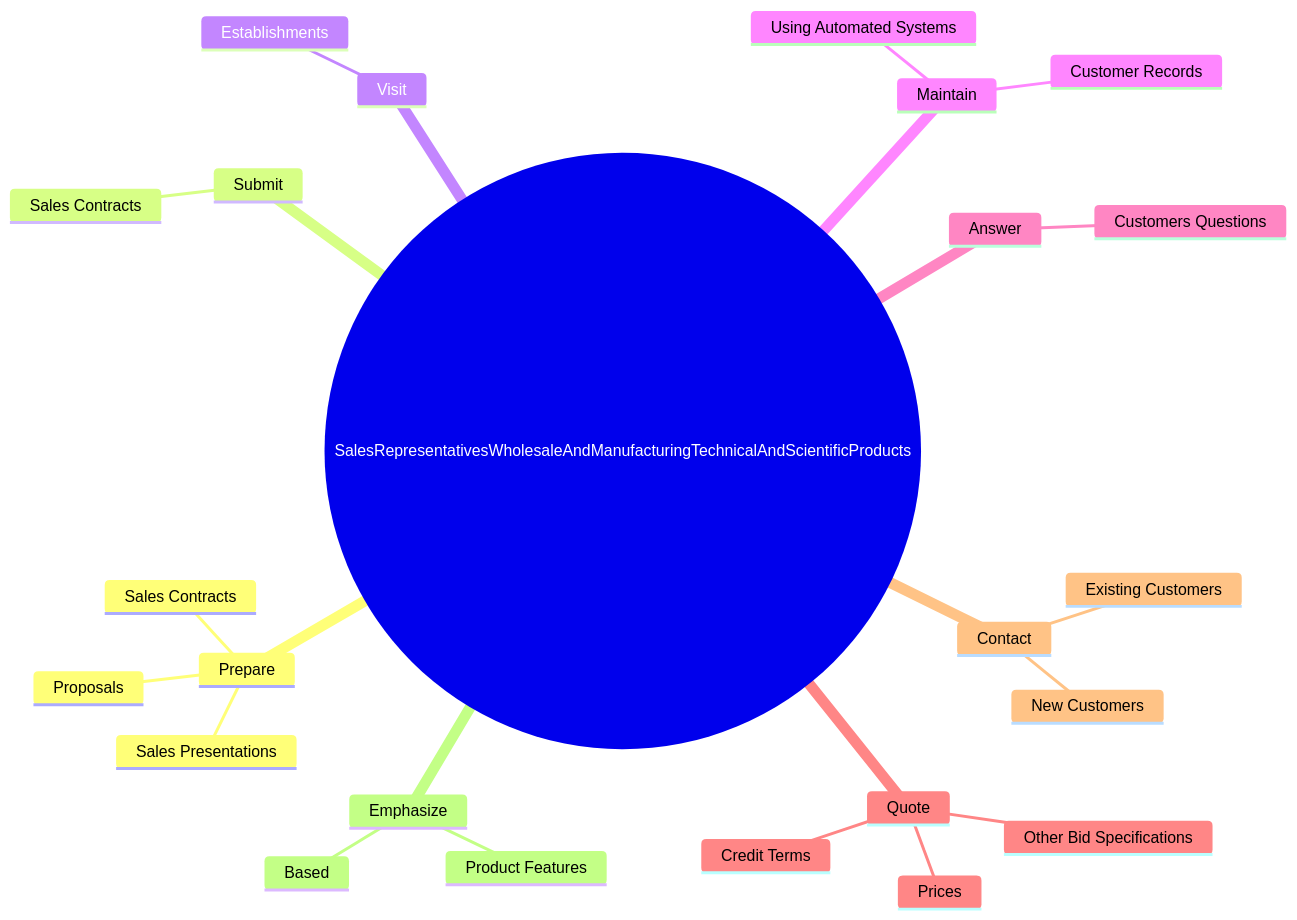
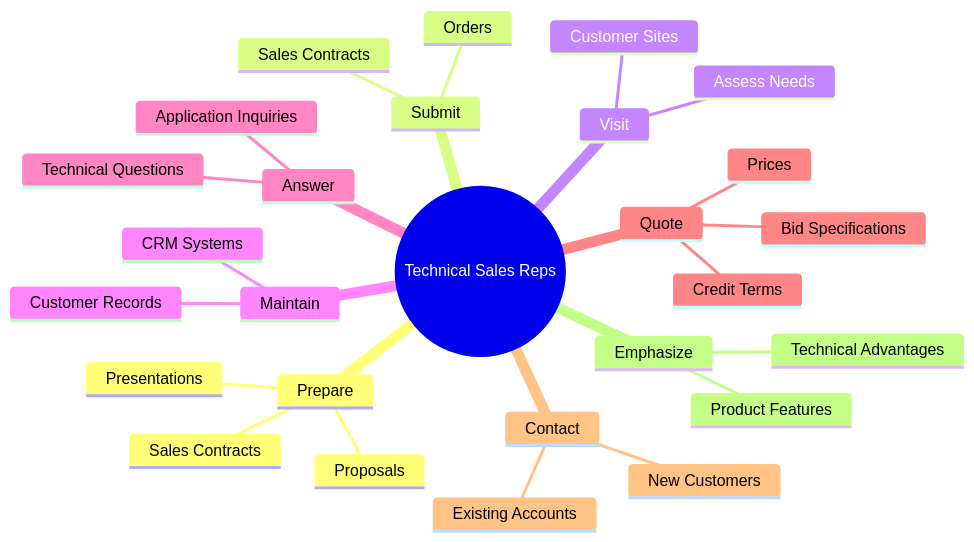
Before and after one commit to kziemski/business.org.ai: the second of 4 diagrams in occupations/Sales/SalesRepresentativesWholesaleAndManufacturingTechnicalAndScientificProducts.mdx, drawn with Mermaid. The commit also changed other lines of this file and 938 other files, not shown here.

````diff
--- a/occupations/Sales/SalesRepresentativesWholesaleAndManufacturingTechnicalAndScientificProducts.mdx
+++ b/occupations/Sales/SalesRepresentativesWholesaleAndManufacturingTechnicalAndScientificProducts.mdx
@@ -38,27 +46,30 @@
 ```mermaid
 mindmap
-    root(("SalesRepresentativesWholesaleAndManufacturingTechnicalAndScientificProducts"))
+    root(("Technical Sales Reps"))
         Prepare
             Sales Contracts
-            Sales Presentations
+            Presentations
             Proposals
         Submit
             Sales Contracts
+            Orders
         Visit
-            Establishments
+            Customer Sites
+            Assess Needs
         Maintain
             Customer Records
-            Using Automated Systems
+            CRM Systems
         Answer
-            Customers Questions
+            Technical Questions
+            Application Inquiries
         Quote
             Prices
             Credit Terms
-            Other Bid Specifications
+            Bid Specifications
         Contact
             New Customers
-            Existing Customers
+            Existing Accounts
         Emphasize
             Product Features
-            Based
+            Technical Advantages
 ```
````
